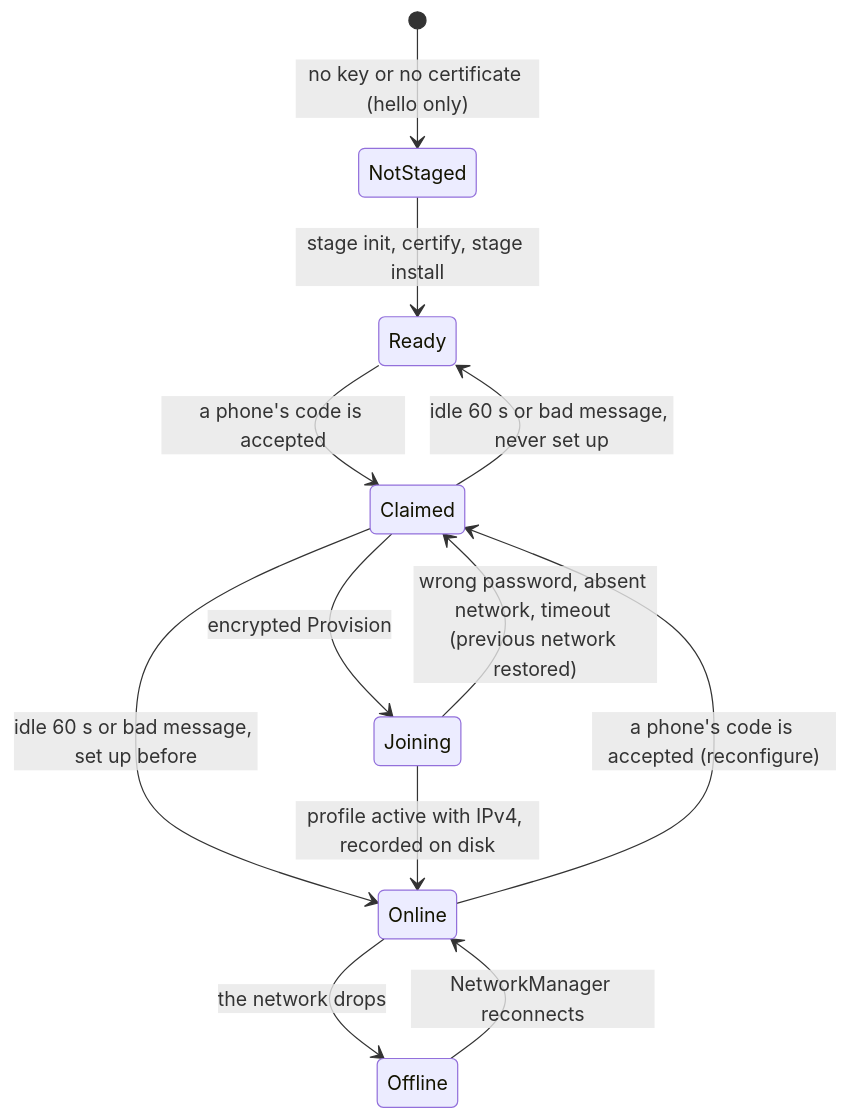
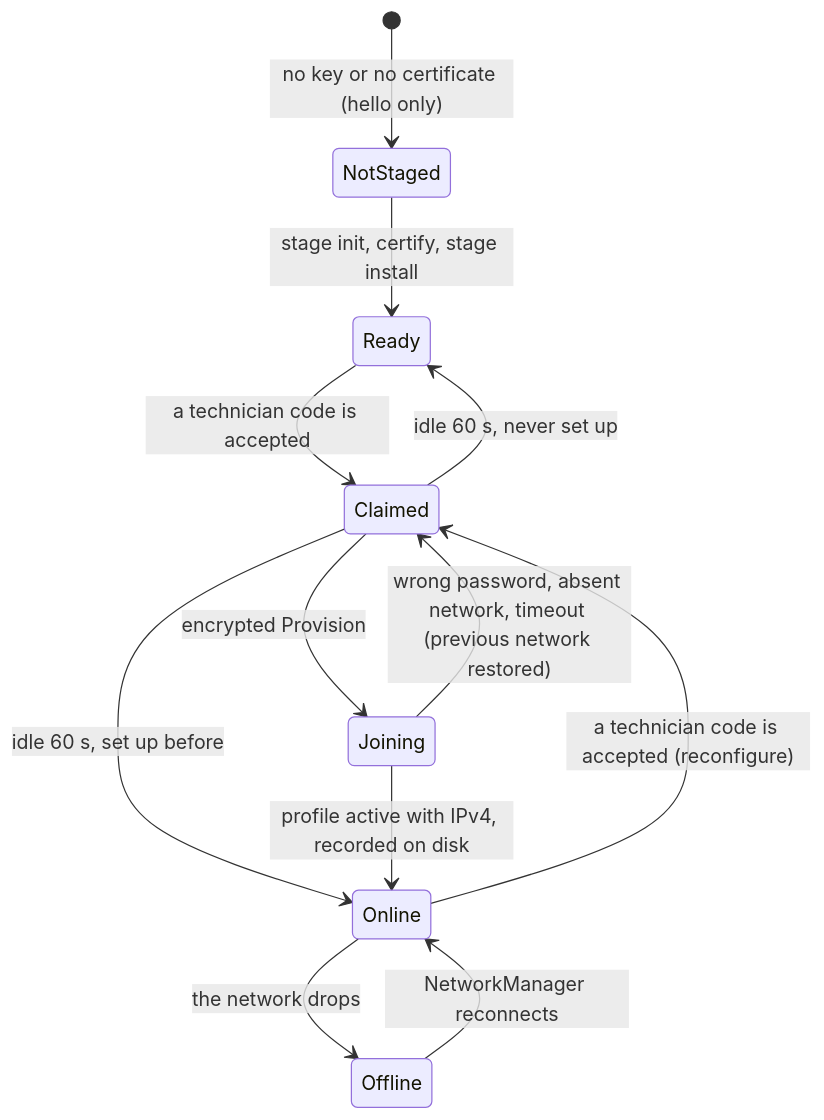
One commit to NoeBrt/Teton-Provide changed the third of 3 diagrams in docs/ARCHITECTURE.md. Above: the diagram before and after it, drawn with Mermaid. The commit also changed other lines of this file and 8 other files, not shown here.

First line of the commit message:
docs: README tech stack, architecture, security, tests, test setup

````diff
--- a/docs/ARCHITECTURE.md
+++ b/docs/ARCHITECTURE.md
@@ -185,14 +112,14 @@
 ```mermaid
 stateDiagram-v2
     [*] --> NotStaged: no key or no certificate (hello only)
     NotStaged --> Ready: stage init, certify, stage install
-    Ready --> Claimed: a phone's code is accepted
-    Online --> Claimed: a phone's code is accepted (reconfigure)
-    Claimed --> Ready: idle 60 s or bad message, never set up
-    Claimed --> Online: idle 60 s or bad message, set up before
+    Ready --> Claimed: a technician code is accepted
+    Online --> Claimed: a technician code is accepted (reconfigure)
+    Claimed --> Ready: idle 60 s, never set up
+    Claimed --> Online: idle 60 s, set up before
     Claimed --> Joining: encrypted Provision
     Joining --> Claimed: wrong password, absent network, timeout (previous network restored)
     Joining --> Online: profile active with IPv4, recorded on disk
     Online --> Offline: the network drops
     Offline --> Online: NetworkManager reconnects
 ```
````
